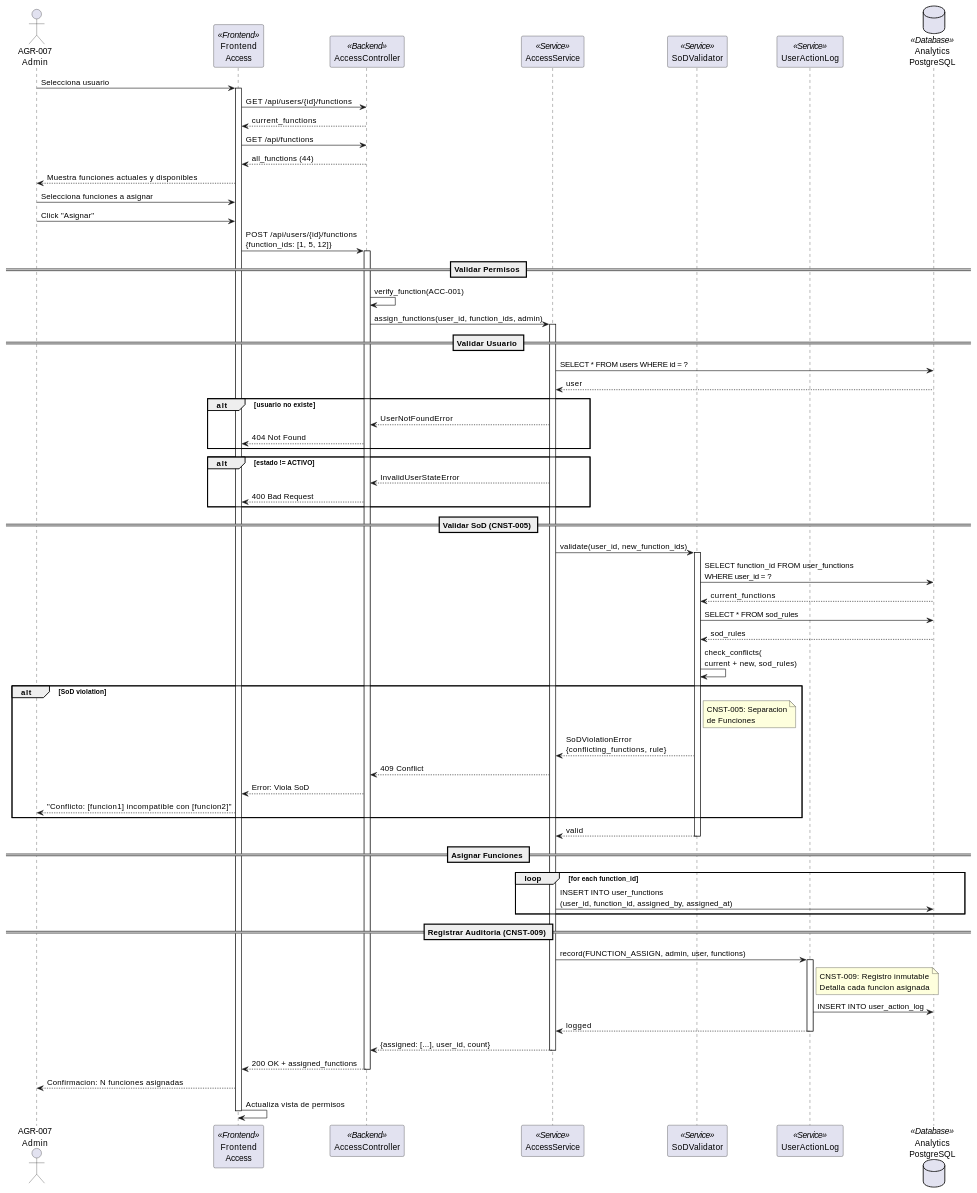
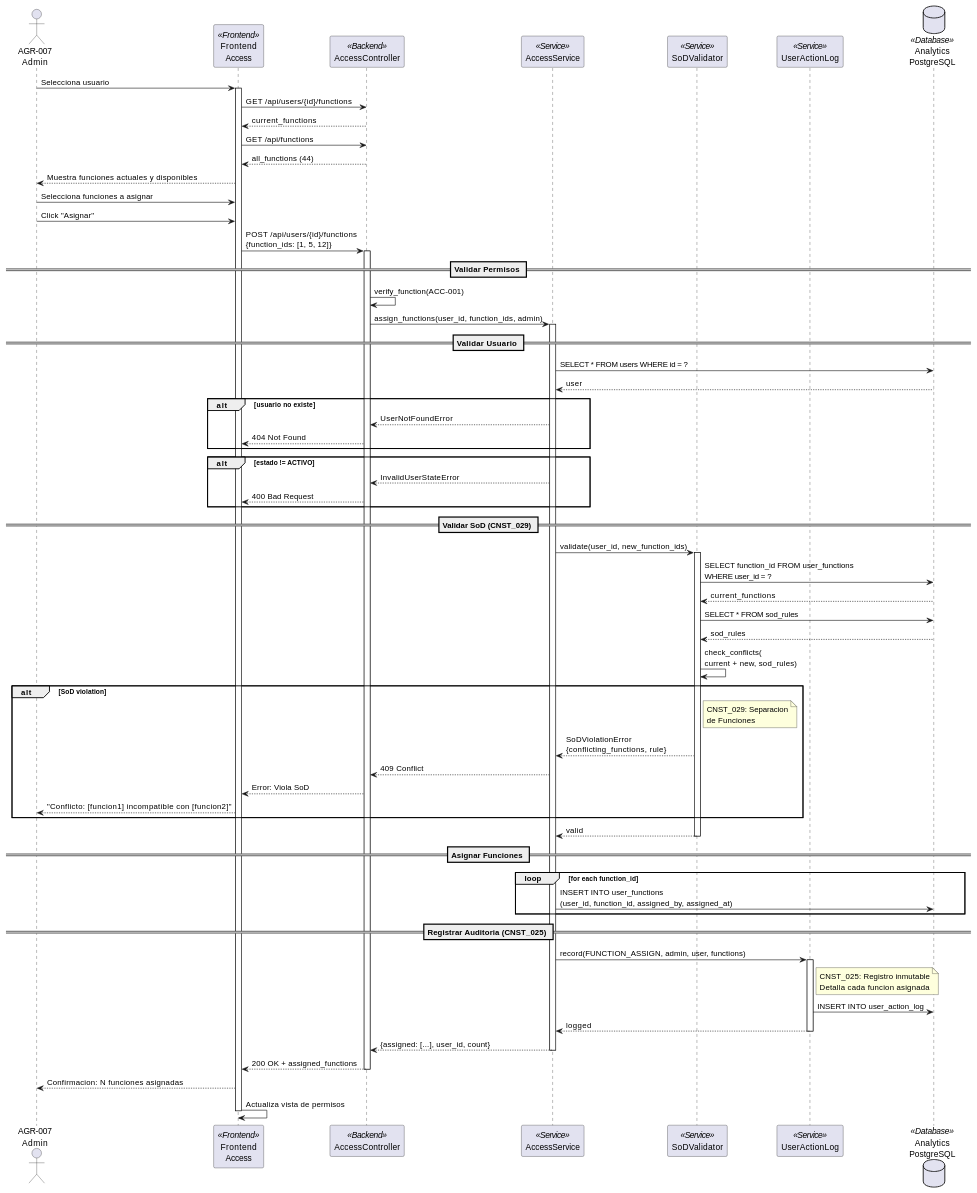
Before and after one commit to jcg-admin/IACT-docs: the second of 3 diagrams in source/requisitos/casos_uso/access/UC_ACC_01_Asignar_Funciones.rst, drawn with PlantUML. The commit also changed other lines of this file and 67 other files, not shown here.

```diff
--- a/source/requisitos/casos_uso/access/UC_ACC_01_Asignar_Funciones.rst
+++ b/source/requisitos/casos_uso/access/UC_ACC_01_Asignar_Funciones.rst
@@ -247,7 +256,7 @@
      AC --> FE: 400 Bad Request
    end
 
-   == Validar SoD (CNST-005) ==
+   == Validar SoD (CNST_029) ==
    AS -> SOD: validate(user_id, new_function_ids)
    activate SOD
 
@@ -261,7 +270,7 @@
 
    alt SoD violation
      note right of SOD
-       CNST-005: Separacion
+       CNST_029: Separacion
        de Funciones
      end note
      SOD --> AS: SoDViolationError\n{conflicting_functions, rule}
@@ -278,11 +287,11 @@
      AS -> DB: INSERT INTO user_functions\n(user_id, function_id, assigned_by, assigned_at)
    end
 
-   == Registrar Auditoria (CNST-009) ==
+   == Registrar Auditoria (CNST_025) ==
    AS -> UAL: record(FUNCTION_ASSIGN, admin, user, functions)
    activate UAL
    note right of UAL
-     CNST-009: Registro inmutable
+     CNST_025: Registro inmutable
      Detalla cada funcion asignada
    end note
    UAL -> DB: INSERT INTO user_action_log
```
